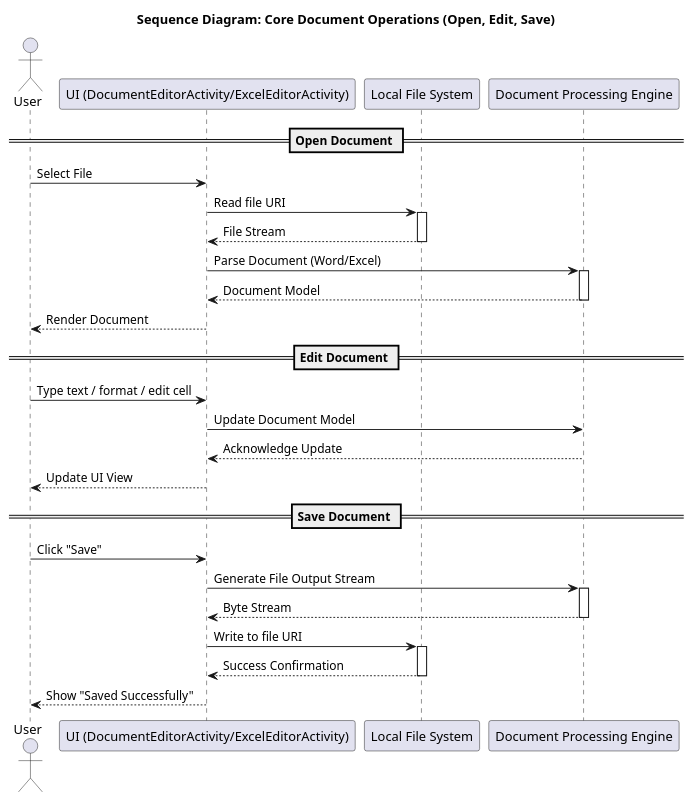
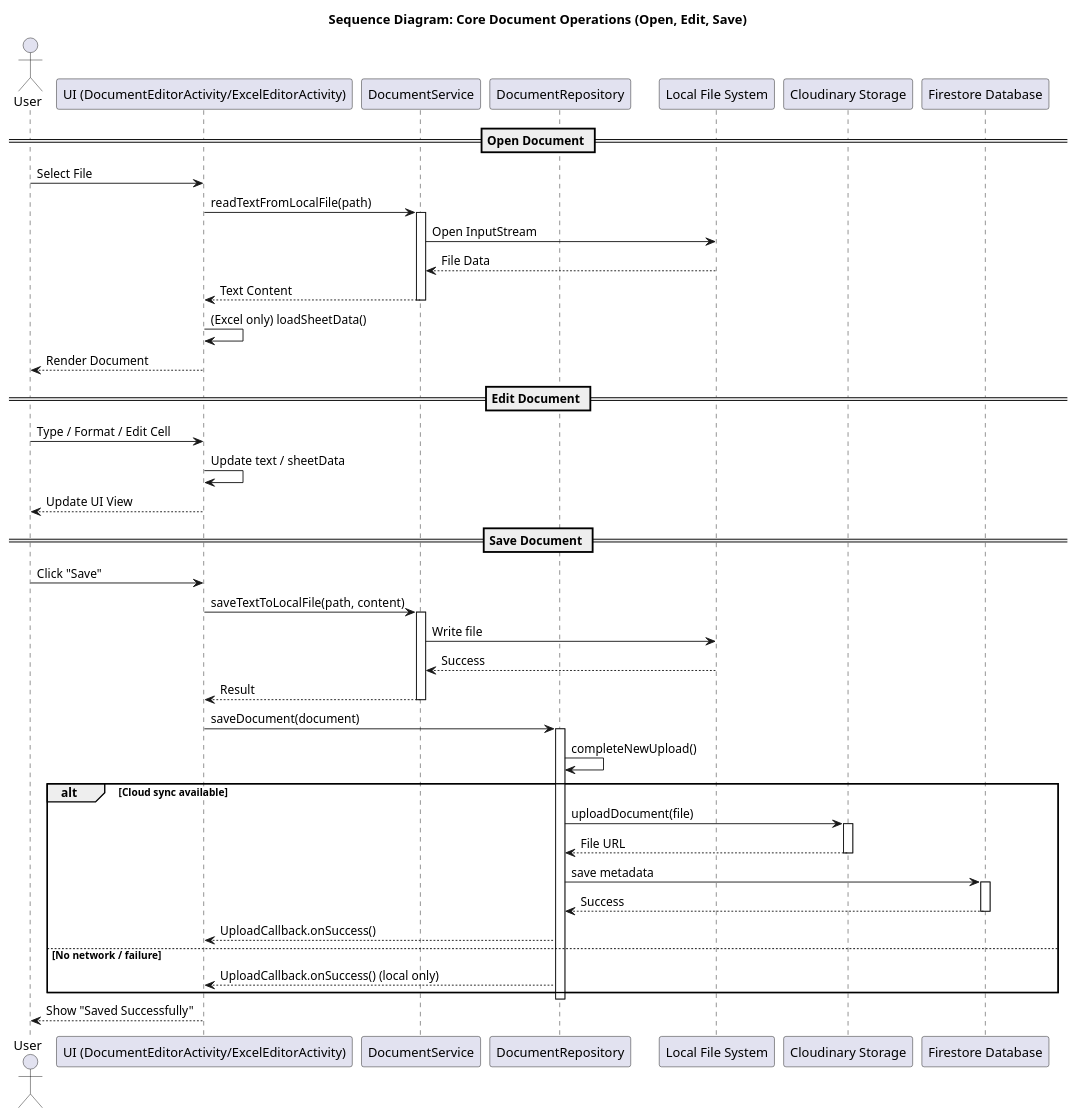
The diagram in _docs/Sequence/SD_FileEdit.puml (LuuQuangTien/FileEditorApp), drawn with PlantUML before and after one commit. The commit also changed 21 other files, not shown here.

```diff
--- a/_docs/Sequence/SD_FileEdit.puml
+++ b/_docs/Sequence/SD_FileEdit.puml
@@ -1,38 +1,63 @@
 @startuml
 title Sequence Diagram: Core Document Operations (Open, Edit, Save)
+
 actor User
 participant "UI (DocumentEditorActivity/ExcelEditorActivity)" as UI
+participant "DocumentService" as Service
+participant "DocumentRepository" as Repo
 participant "Local File System" as LFS
-participant "Document Processing Engine" as Engine
+participant "Cloudinary Storage" as Cloud
+participant "Firestore Database" as DB
 
 == Open Document ==
 User -> UI : Select File
-UI -> LFS : Read file URI
-activate LFS
-LFS --> UI : File Stream
-deactivate LFS
-UI -> Engine : Parse Document (Word/Excel)
-activate Engine
-Engine --> UI : Document Model
-deactivate Engine
+UI -> Service : readTextFromLocalFile(path)
+activate Service
+Service -> LFS : Open InputStream
+LFS --> Service : File Data
+Service --> UI : Text Content
+deactivate Service
+UI -> UI : (Excel only) loadSheetData()
 UI --> User : Render Document
 
 == Edit Document ==
-User -> UI : Type text / format / edit cell
-UI -> Engine : Update Document Model
-Engine --> UI : Acknowledge Update
+User -> UI : Type / Format / Edit Cell
+UI -> UI : Update text / sheetData
 UI --> User : Update UI View
 
 == Save Document ==
 User -> UI : Click "Save"
-UI -> Engine : Generate File Output Stream
-activate Engine
-Engine --> UI : Byte Stream
-deactivate Engine
-UI -> LFS : Write to file URI
-activate LFS
-LFS --> UI : Success Confirmation
-deactivate LFS
+
+UI -> Service : saveTextToLocalFile(path, content)
+activate Service
+Service -> LFS : Write file
+LFS --> Service : Success
+Service --> UI : Result
+deactivate Service
+
+UI -> Repo : saveDocument(document)
+
+activate Repo
+Repo -> Repo : completeNewUpload()
+
+alt Cloud sync available
+    Repo -> Cloud : uploadDocument(file)
+    activate Cloud
+    Cloud --> Repo : File URL
+    deactivate Cloud
+
+    Repo -> DB : save metadata
+    activate DB
+    DB --> Repo : Success
+    deactivate DB
+
+    Repo --> UI : UploadCallback.onSuccess()
+else No network / failure
+    Repo --> UI : UploadCallback.onSuccess() (local only)
+end
+
+deactivate Repo
+
 UI --> User : Show "Saved Successfully"
 
 @enduml
```
